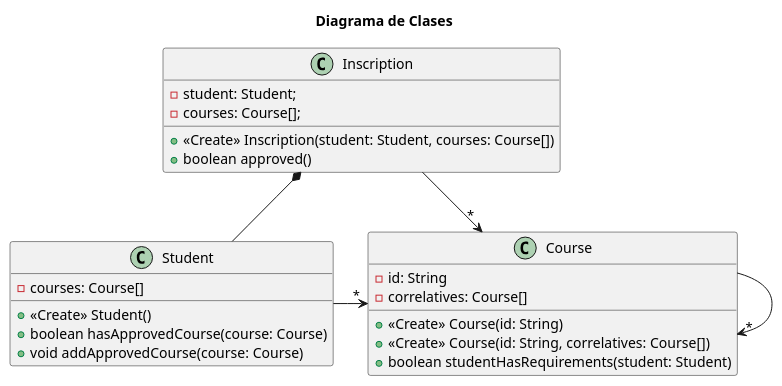
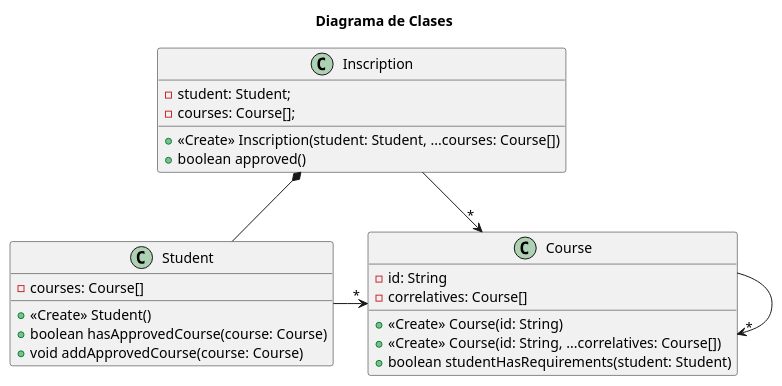
Before and after one commit to phosph/utn-gd-t1-validador-correlativas: the diagram in doc/diagram.plantuml, drawn with PlantUML. The commit also changed 5 other files, not shown here.

```diff
--- a/doc/diagram.plantuml
+++ b/doc/diagram.plantuml
@@ -1,36 +1,38 @@
 @startuml
+
 title Diagrama de Clases
 
 class Student {
     + <<Create>> Student()
 
     - courses: Course[]
 
     + boolean hasApprovedCourse(course: Course)
     + void addApprovedCourse(course: Course)
 }
 
 class Inscription {
-    + <<Create>> Inscription(student: Student, courses: Course[])
+    + <<Create>> Inscription(student: Student, ...courses: Course[])
 
     - student: Student;
     - courses: Course[];
 
     + boolean approved()
 }
 
 class Course {
     + <<Create>> Course(id: String)
-    + <<Create>> Course(id: String, correlatives: Course[])
+    + <<Create>> Course(id: String, ...correlatives: Course[])
 
     - id: String
     - correlatives: Course[]
     + boolean studentHasRequirements(student: Student)
 }
 
 
 Inscription --> "*" Course
 Inscription *-- Student
 Course --> "*" Course
 Student -> "*" Course
+
 @enduml
```
